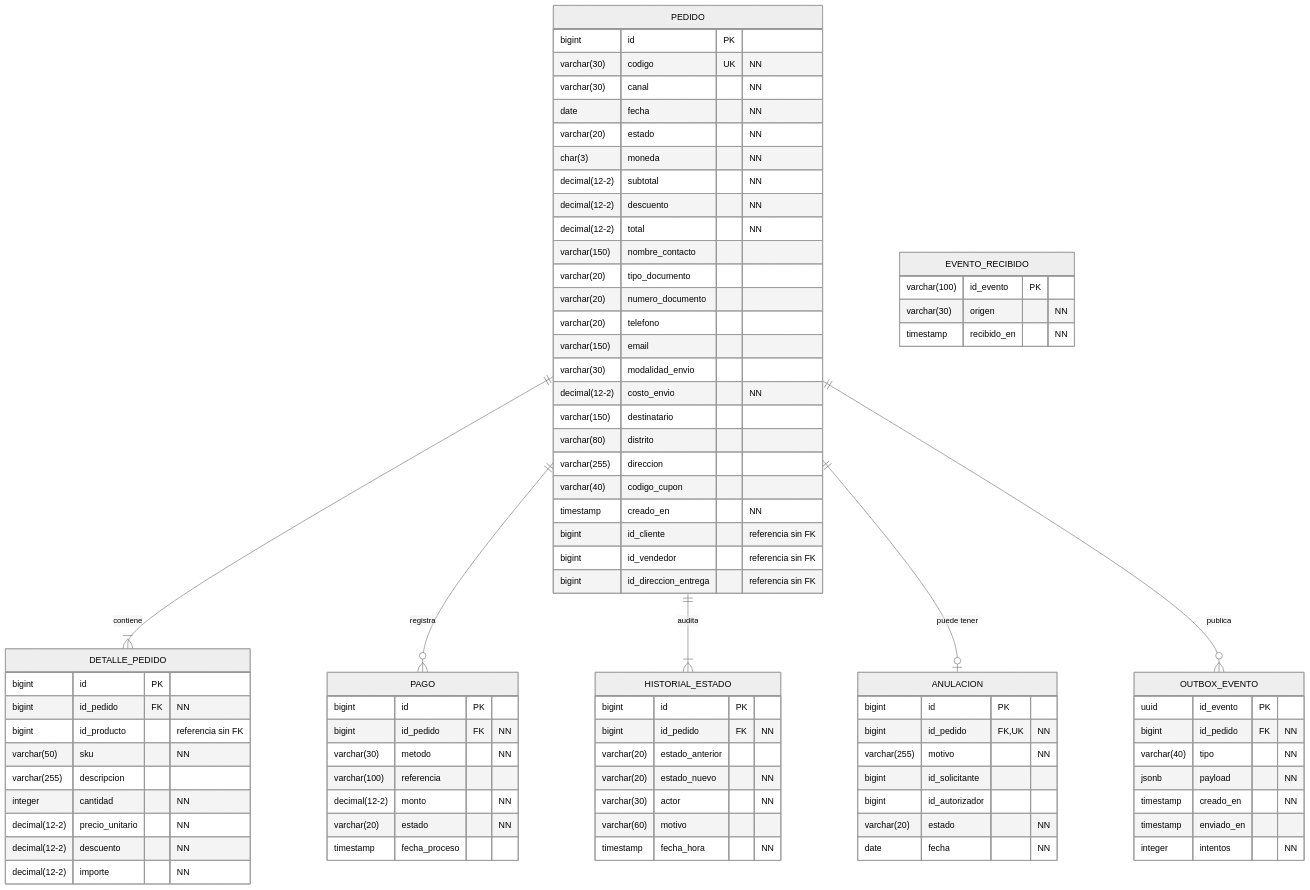
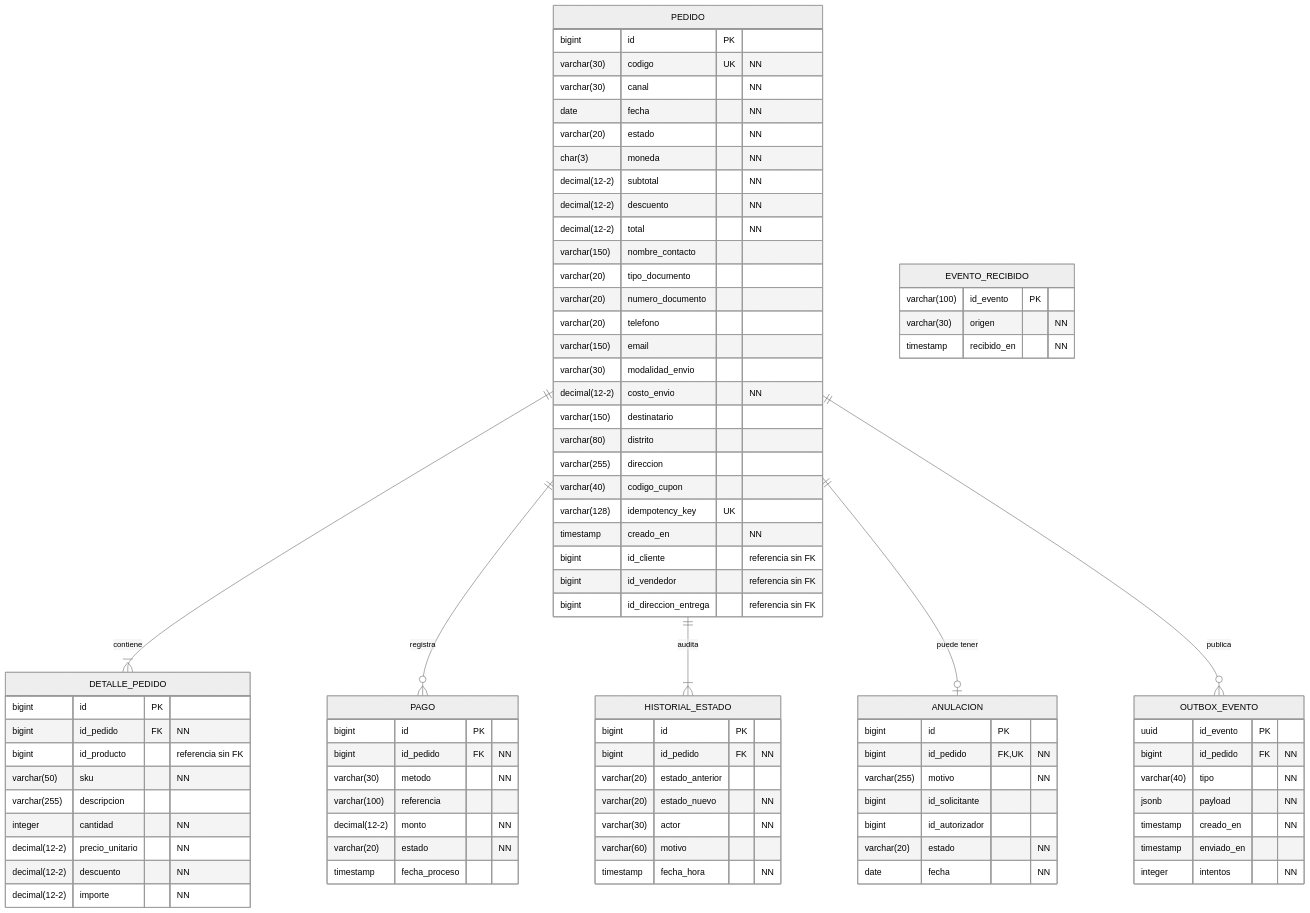
One commit to Taller-SW-Web/G5-Ventas-Postventas changed the first of 2 diagrams in diseno/diagramas/bd/diagrama-logico.md. Above: the diagram before and after it, drawn with Mermaid (neutral theme). The commit also changed other lines of this file and 12 other files, not shown here.

```diff
--- a/diseno/diagramas/bd/diagrama-logico.md
+++ b/diseno/diagramas/bd/diagrama-logico.md
@@ -41,6 +41,7 @@
         varchar(80) distrito
         varchar(255) direccion
         varchar(40) codigo_cupon
+        varchar(128) idempotency_key UK
         timestamp creado_en "NN"
         bigint id_cliente "referencia sin FK"
         bigint id_vendedor "referencia sin FK"
```
